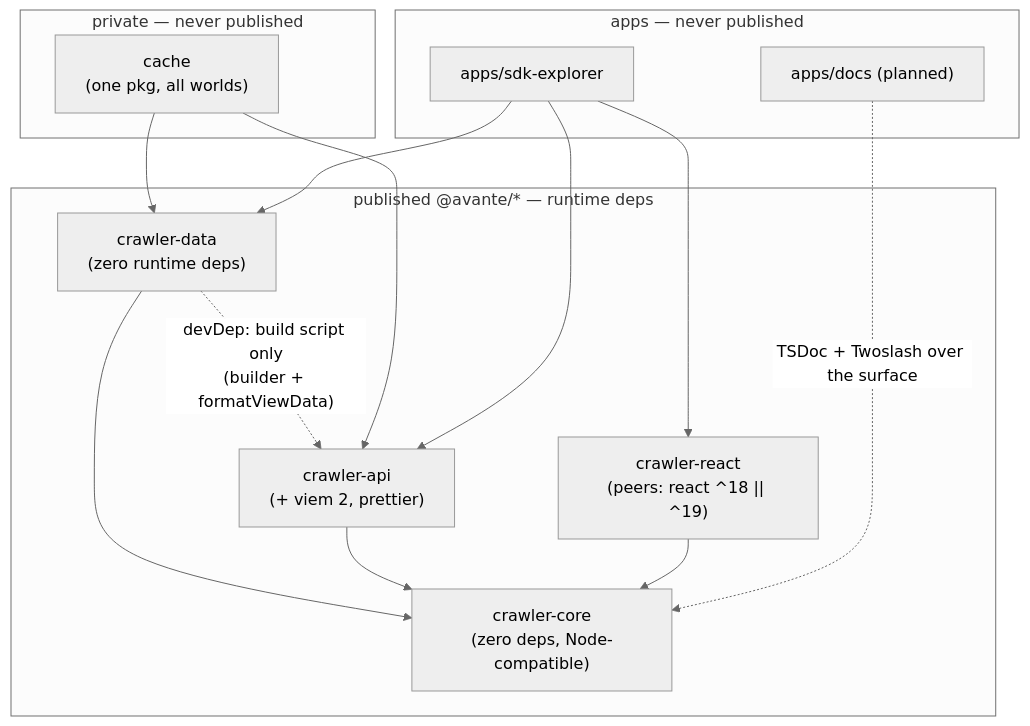
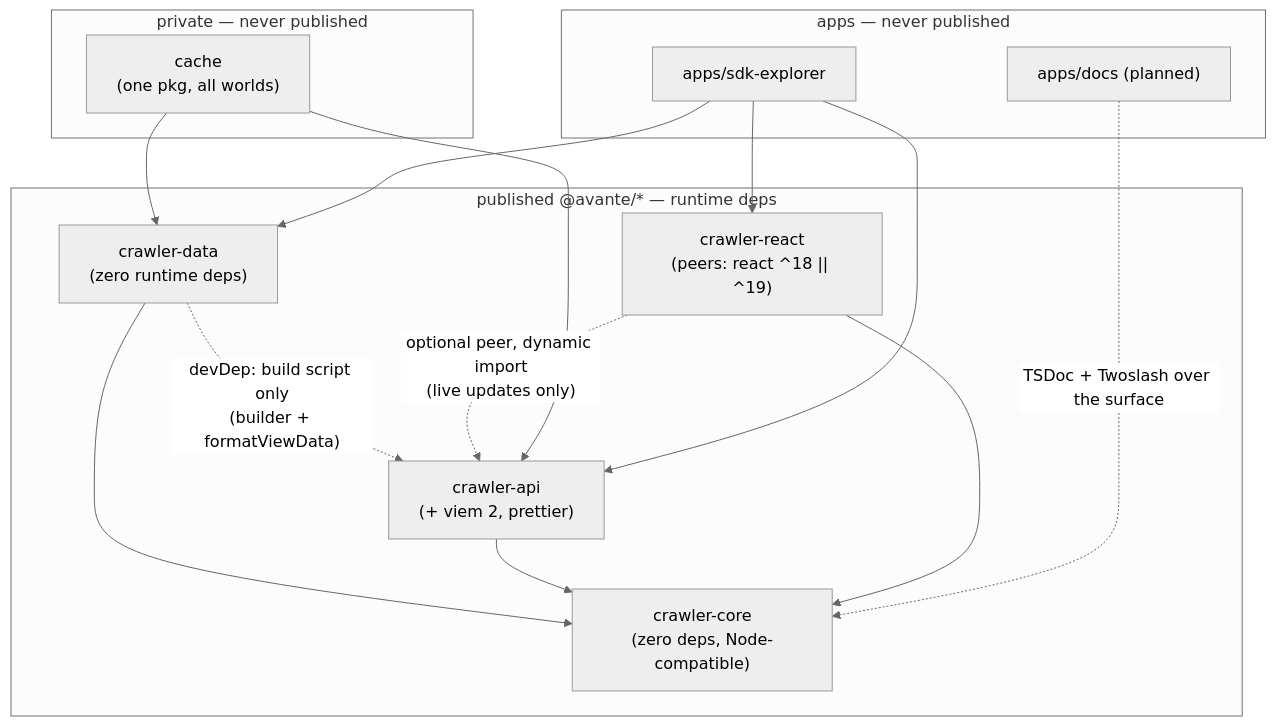
Before and after one commit to EndlessCrawler/crawler-sdk: the diagram in specs/SDK_SPECS.md, drawn with Mermaid (neutral theme). The commit also changed other lines of this file and 5 other files, not shown here.

````diff
--- a/specs/SDK_SPECS.md
+++ b/specs/SDK_SPECS.md
@@ -28,32 +28,33 @@
 ```mermaid
 flowchart TD
   subgraph pub ["published @avante/* — runtime deps"]
     core["crawler-core<br/>(zero deps, Node-compatible)"]
     data["crawler-data<br/>(zero runtime deps)"]
     api["crawler-api<br/>(+ viem 2, prettier)"]
     react["crawler-react<br/>(peers: react ^18 || ^19)"]
   end
 
   subgraph priv ["private — never published"]
     cache["cache<br/>(one pkg, all worlds)"]
   end
 
   subgraph apps ["apps — never published"]
     explorer["apps/sdk-explorer"]
     docs["apps/docs (planned)"]
   end
 
   data --> core
   api --> core
   react --> core
 
   data -. "devDep: build script only<br/>(builder + formatViewData)" .-> api
+  react -. "optional peer, dynamic import<br/>(live updates only)" .-> api
 
   cache --> api
   cache --> data
 
   explorer --> react
   explorer --> data
   explorer --> api
   docs -. "TSDoc + Twoslash over the surface" .-> core
 ```
````
